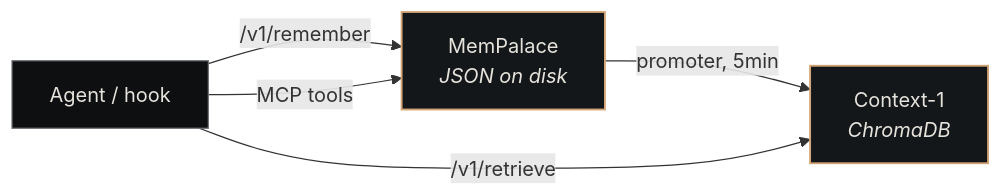
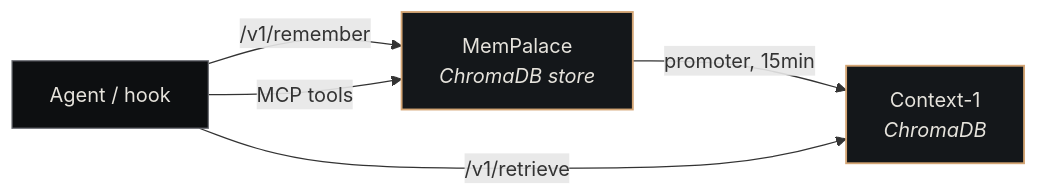
Before and after one commit to nexus-holdings/nexus-docs: the diagram in docs/components/nexus-memory.md, drawn with Mermaid. The commit also changed other lines of this file and 6 other files, not shown here.

````diff
--- a/docs/components/nexus-memory.md
+++ b/docs/components/nexus-memory.md
@@ -26,12 +26,12 @@
 ```mermaid
 flowchart LR
-    AGENT[Agent / hook] -->|/v1/remember| MP[MemPalace<br/><i>JSON on disk</i>]
-    MP -->|promoter, 5min| C1[Context-1<br/><i>ChromaDB</i>]
+    AGENT[Agent / hook] -->|/v1/remember| MP[MemPalace<br/><i>ChromaDB store</i>]
+    MP -->|promoter, 15min| C1[Context-1<br/><i>ChromaDB</i>]
     AGENT -->|/v1/retrieve| C1
     AGENT -->|MCP tools| MP
 
     classDef brass fill:#14171A,stroke:#D4A574,color:#E6E3DC,stroke-width:1.5px
     classDef other fill:#0D0F11,stroke:#6F7177,color:#E6E3DC,stroke-width:1px
     class MP,C1 brass
     class AGENT other
 ```
````
